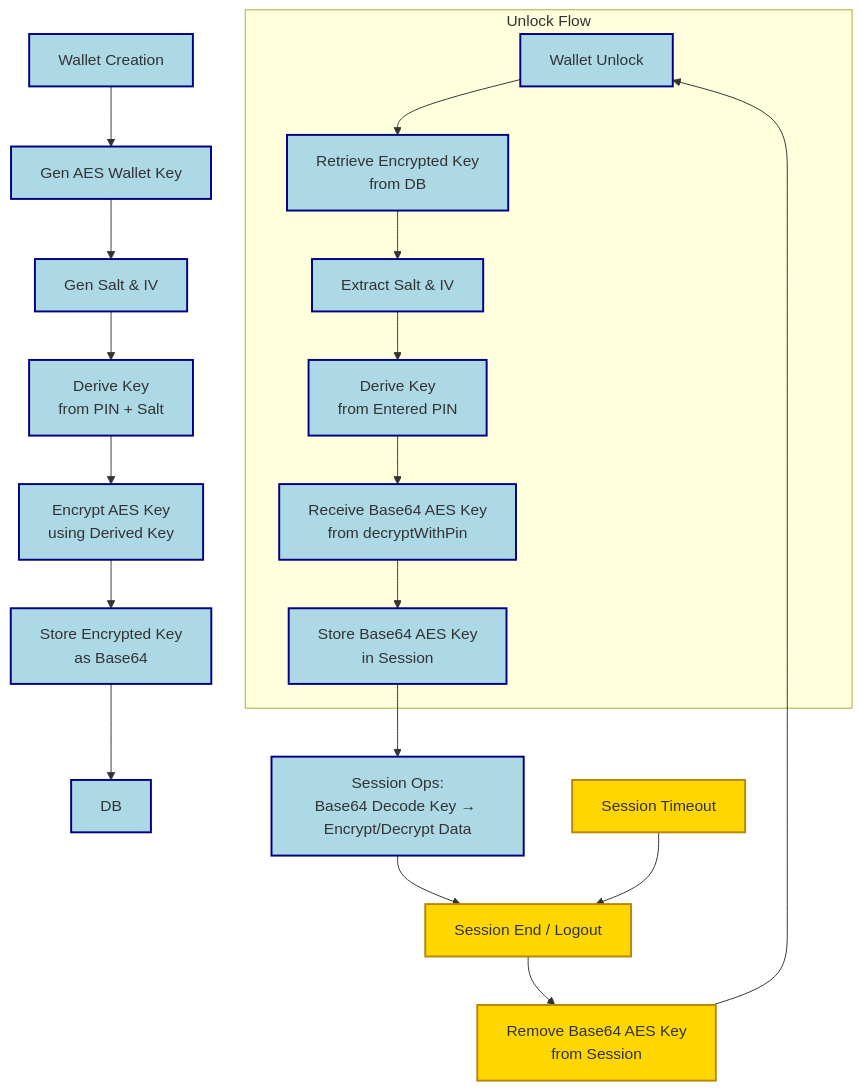
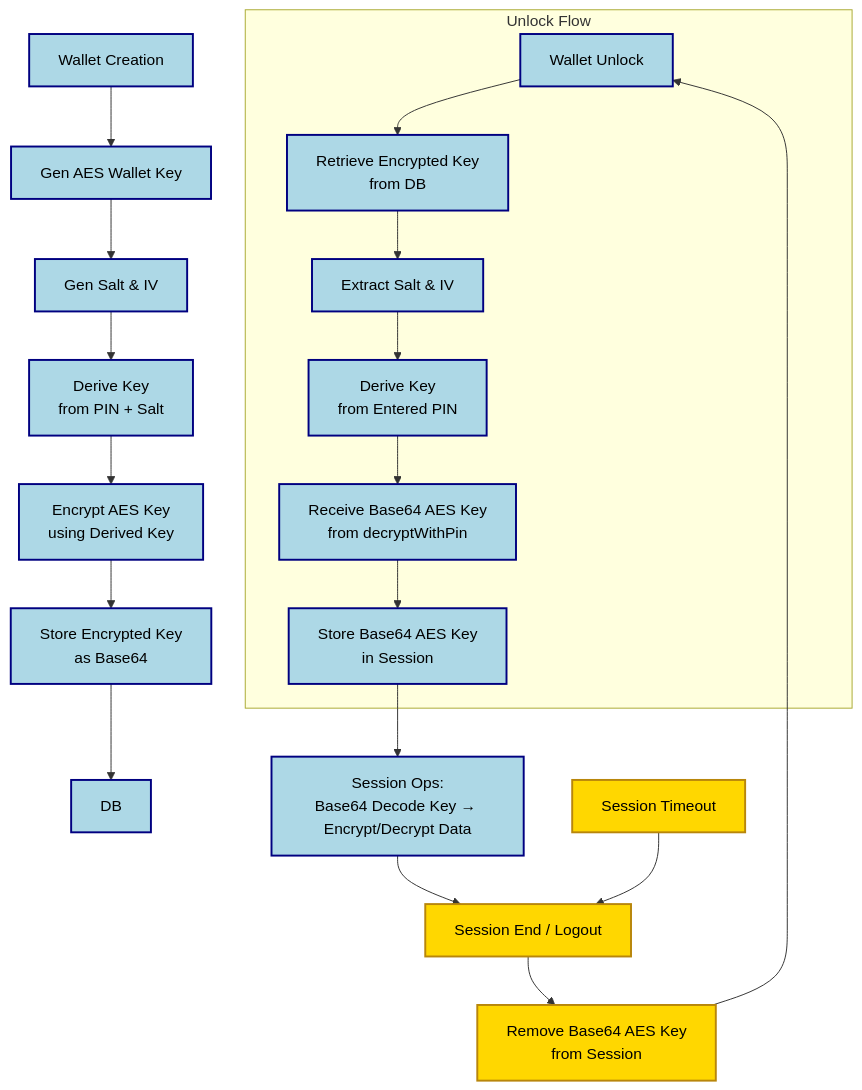
Before and after one commit to injibr/mimoto: the diagram in docs/UserDataEncryptionWithPinBasedKey.md, drawn with Mermaid.

Commit message:
injiweb-1552 changing text colours for dark mode

````diff
--- a/docs/UserDataEncryptionWithPinBasedKey.md
+++ b/docs/UserDataEncryptionWithPinBasedKey.md
@@ -78,36 +78,36 @@
 ```mermaid
 flowchart TD
 %% Wallet Creation Flow
 A[Wallet Creation] --> B[Gen AES Wallet Key]
 B --> C[Gen Salt & IV]
 C --> D[Derive Key<br>from PIN + Salt]
 D --> E[Encrypt AES Key<br>using Derived Key]
 E --> F[Store Encrypted Key<br>as Base64]
 F --> G[DB]
 
     %% Wallet Unlock Subgraph
     subgraph Unlock Flow
         H[Wallet Unlock] --> I[Retrieve Encrypted Key<br>from DB]
         I --> J[Extract Salt & IV]
         J --> K[Derive Key<br>from Entered PIN]
         K --> L[Receive Base64 AES Key<br>from decryptWithPin]
         L --> M[Store Base64 AES Key<br>in Session]
     end
 
     %% Session Operations
     M --> N[Session Ops:<br>Base64 Decode Key → Encrypt/Decrypt Data]
     N --> O[Session End / Logout]
     O --> P[Remove Base64 AES Key<br>from Session]
     P --> H
 
     %% Session Timeout Node
     Q[Session Timeout] --> O
 
     %% Style classes
-    classDef stylePrimary fill:#ADD8E6,stroke:#000080,stroke-width:2px;
-    classDef styleSuccess fill:#90EE90,stroke:#006400,stroke-width:2px;
-    classDef styleWarning fill:#FFD700,stroke:#B8860B,stroke-width:2px;
+    classDef stylePrimary fill:#ADD8E6,stroke:#000080,stroke-width:2px,color:#000000;
+    classDef styleSuccess fill:#90EE90,stroke:#006400,stroke-width:2px,color:#000000;
+    classDef styleWarning fill:#FFD700,stroke:#B8860B,stroke-width:2px,color:#000000;
 
     class A,B,C,D,E,F,G,H,I,J,K,L,M,N stylePrimary
     class O,P,Q styleWarning
 ```
````
